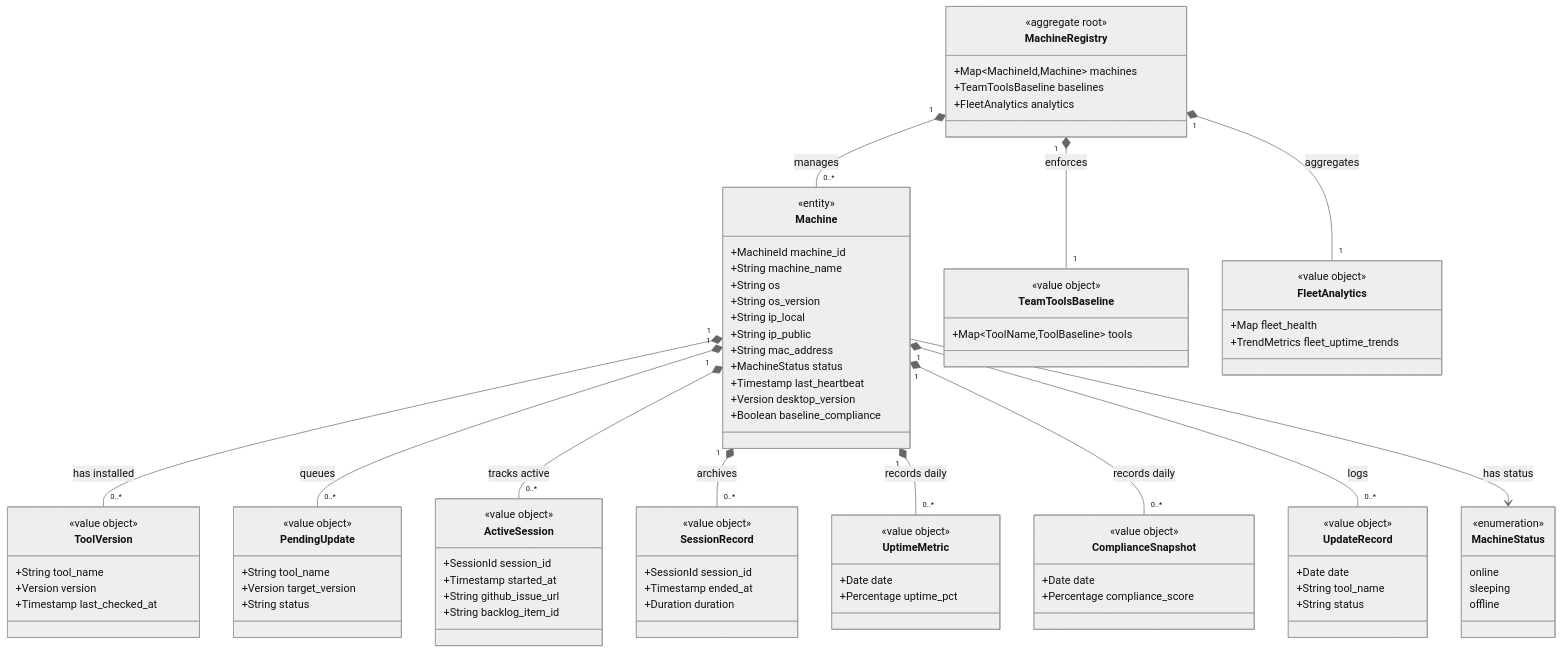
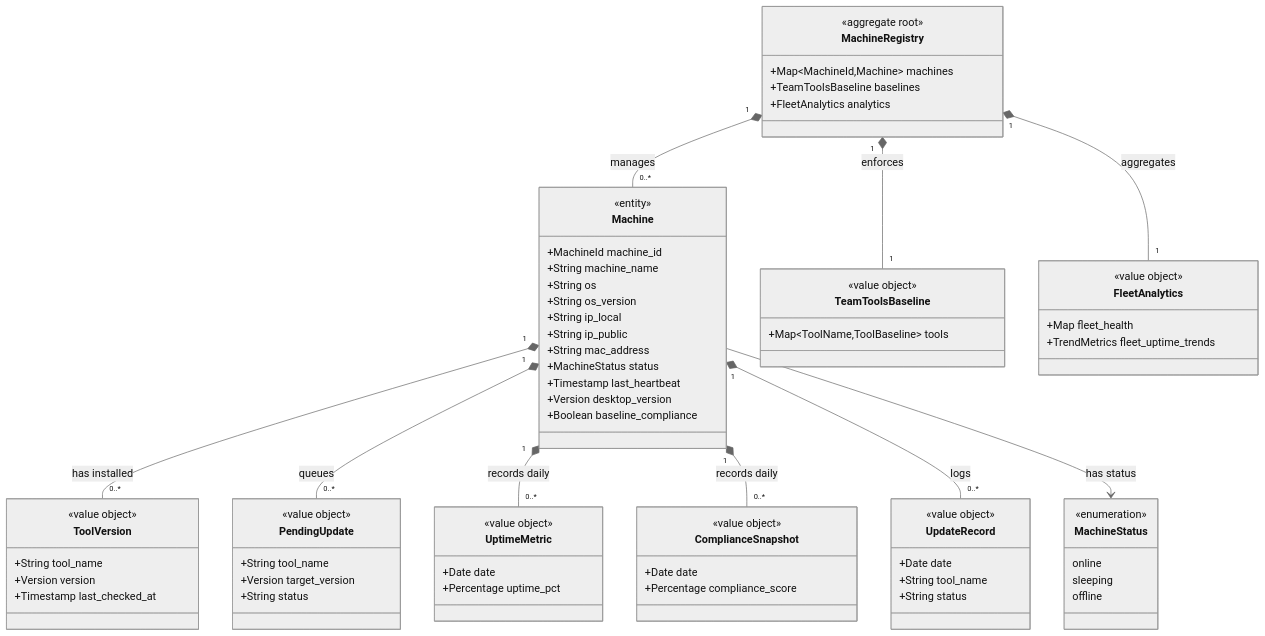
Before and after one commit to JSdotNet/Backlog: the diagram in .domain/dev-pc-management/model.md, drawn with Mermaid (neutral theme). The commit also changed other lines of this file and 53 other files, not shown here.

```diff
--- a/.domain/dev-pc-management/model.md
+++ b/.domain/dev-pc-management/model.md
@@ -44,19 +44,6 @@
         +String tool_name
         +Version target_version
         +String status
-    }
-    class ActiveSession {
-        <<value object>>
-        +SessionId session_id
-        +Timestamp started_at
-        +String github_issue_url
-        +String backlog_item_id
-    }
-    class SessionRecord {
-        <<value object>>
-        +SessionId session_id
-        +Timestamp ended_at
-        +Duration duration
     }
     class UptimeMetric {
         <<value object>>
@@ -95,8 +82,6 @@
     MachineRegistry "1" *-- "1" FleetAnalytics : aggregates
     Machine "1" *-- "0..*" ToolVersion : has installed
     Machine "1" *-- "0..*" PendingUpdate : queues
-    Machine "1" *-- "0..*" ActiveSession : tracks active
-    Machine "1" *-- "0..*" SessionRecord : archives
     Machine "1" *-- "0..*" UptimeMetric : records daily
     Machine "1" *-- "0..*" ComplianceSnapshot : records daily
     Machine "1" *-- "0..*" UpdateRecord : logs
```
